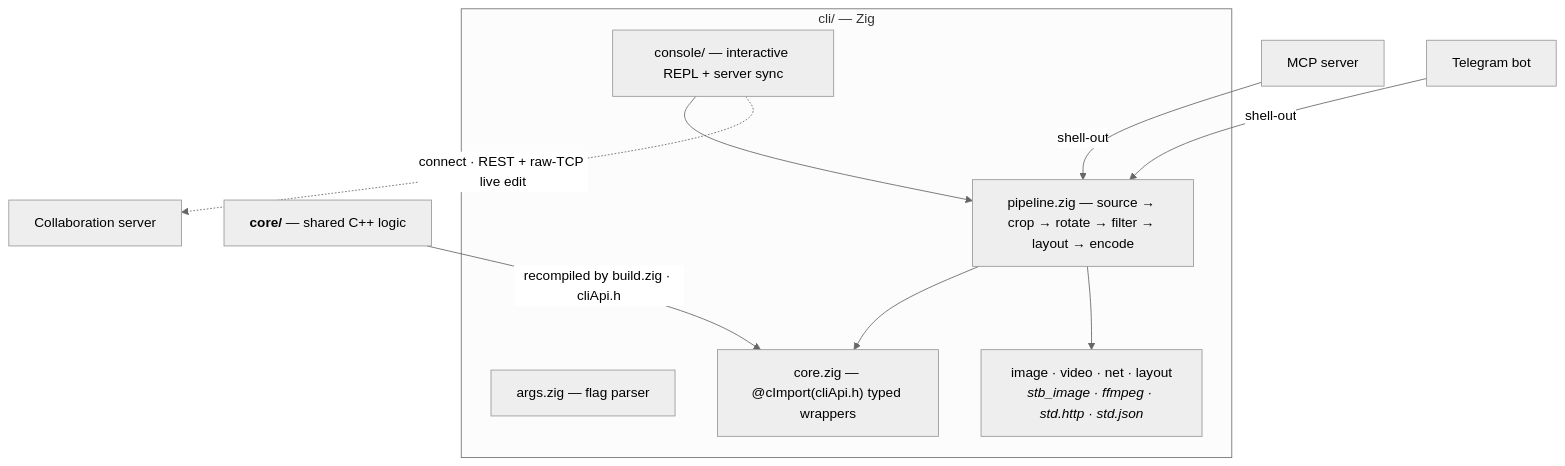
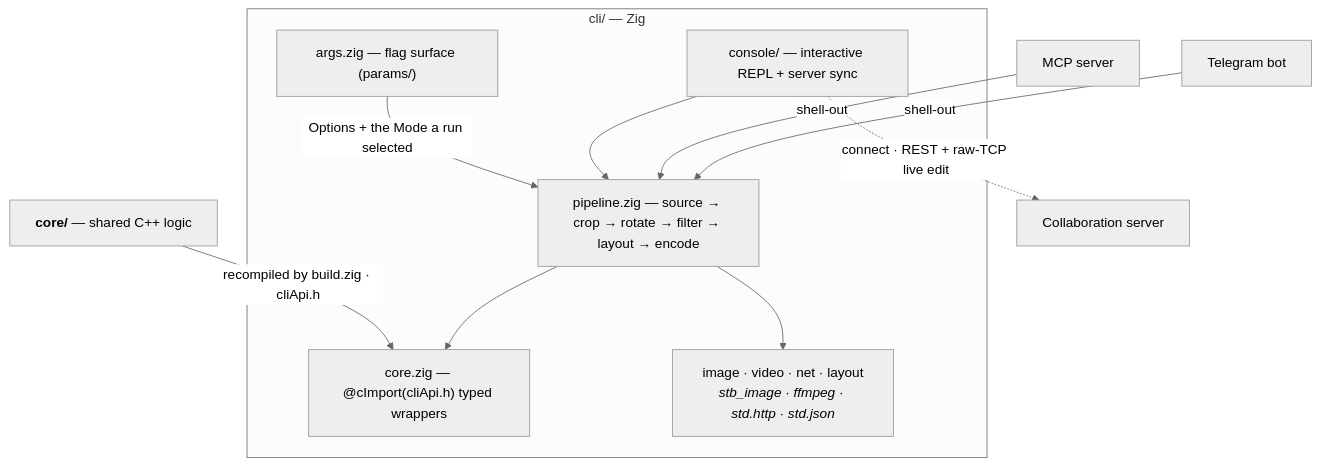
The diagram in cli/README.md (andrew1407/stencil), drawn with Mermaid (neutral theme) before and after one commit. The commit also changed other lines of this file and 3128 other files, not shown here.

````diff
--- a/cli/README.md
+++ b/cli/README.md
@@ -16,22 +16,23 @@
 ```mermaid
 graph TD
     CORE["<b>core/</b> — shared C++ logic"]
     subgraph CLIP["cli/ — Zig"]
-      ARGS["args.zig — flag parser"]
+      ARGS["args.zig — flag surface (params/)"]
       PIPE["pipeline.zig — source → crop → rotate → filter → layout → encode"]
       COREZ["core.zig — @cImport(cliApi.h) typed wrappers"]
       IO["image · video · net · layout<br/><i>stb_image · ffmpeg · std.http · std.json</i>"]
       REPL["console/ — interactive REPL + server sync"]
     end
     SRV["Collaboration server"]
     MCP["MCP server"]
     BOT["Telegram bot"]
 
     CORE -->|"recompiled by build.zig · cliApi.h"| COREZ
+    ARGS -->|"Options + the Mode a run selected"| PIPE
     PIPE --> COREZ
     PIPE --> IO
     REPL --> PIPE
     REPL -.->|"connect · REST + raw-TCP live edit"| SRV
     MCP -->|"shell-out"| PIPE
     BOT -->|"shell-out"| PIPE
 ```
````
